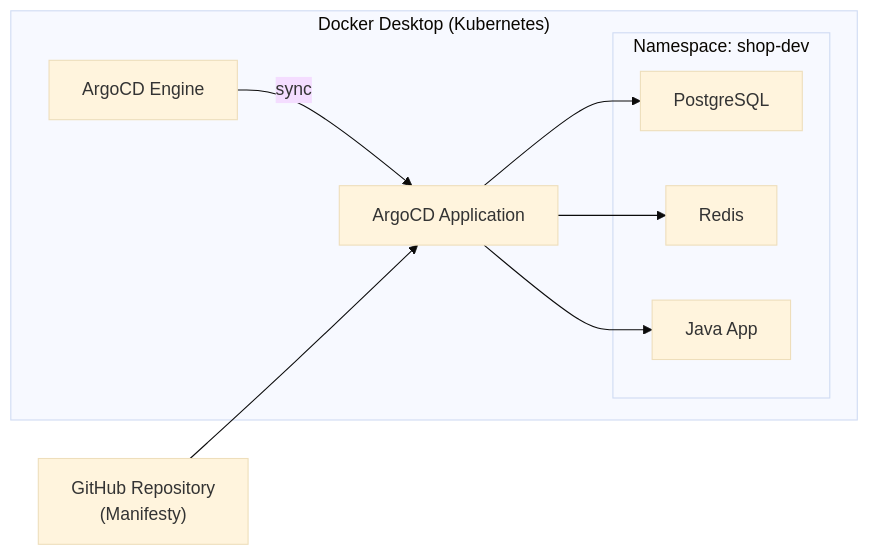
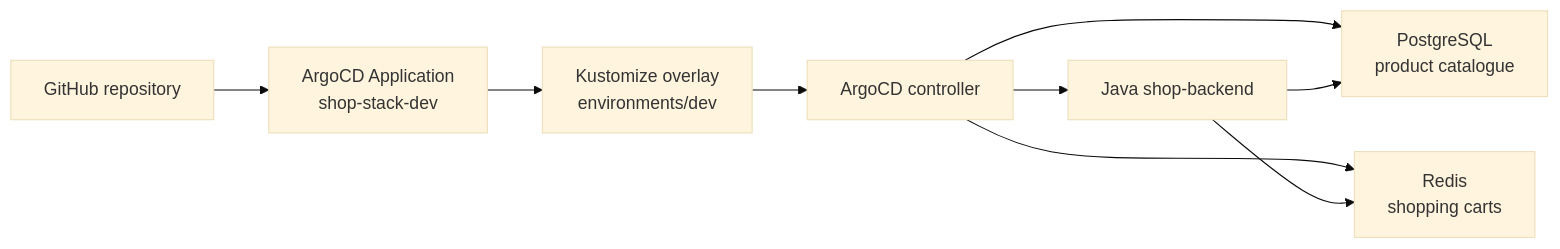
One commit to pchmielecki87/HelmKubernetesWorkshop changed the diagram in ArgoCD/README.md. Above: the diagram before and after it, drawn with Mermaid (base theme). The commit also changed other lines of this file and 16 other files, not shown here.

````diff
--- a/ArgoCD/README.md
+++ b/ArgoCD/README.md
@@ -26,22 +24,11 @@
 ```mermaid
 flowchart LR
-  github["GitHub Repository<br/>(Manifesty)"]
-
-  subgraph docker["Docker Desktop (Kubernetes)"]
-    engine["ArgoCD Engine"]
-    application["ArgoCD Application"]
-
-    subgraph namespace["Namespace: shop-dev"]
-      postgres["PostgreSQL"]
-      redis["Redis"]
-      java["Java App"]
-    end
-
-    engine -->|sync| application
-    application --> postgres
-    application --> redis
-    application --> java
-  end
-
-  github --> application
+    git["GitHub repository"] --> app["ArgoCD Application<br/>shop-stack-dev"]
+    app --> render["Kustomize overlay<br/>environments/dev"]
+    render --> controller["ArgoCD controller"]
+    controller --> backend["Java shop-backend"]
+    controller --> postgres["PostgreSQL<br/>product catalogue"]
+    controller --> redis["Redis<br/>shopping carts"]
+    backend --> postgres
+    backend --> redis
 ```
````
